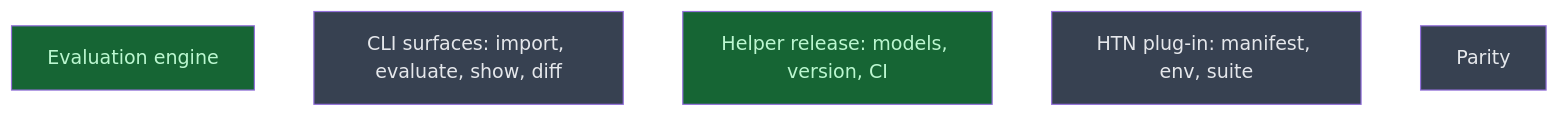
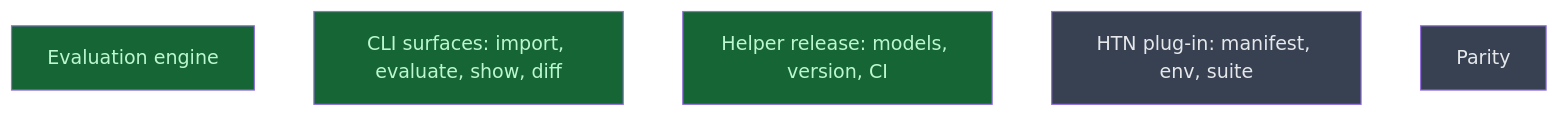
One commit to CrackingShells/Candler changed the diagram in __roadmap__/m2a-evaluation-parity/components/assembly/README.md. Above: the diagram before and after it, drawn with Mermaid. The commit also changed other lines of this file and 2 other files, not shown here.

Commit message:
rdm(evaluation): report the surfaces evaluate stage, mark it done

````diff
--- a/__roadmap__/m2a-evaluation-parity/components/assembly/README.md
+++ b/__roadmap__/m2a-evaluation-parity/components/assembly/README.md
@@ -21,13 +21,13 @@
 ```mermaid
 graph TD
     engine[Evaluation engine]:::done
-    surfaces[CLI surfaces: import, evaluate, show, diff]:::planned
+    surfaces[CLI surfaces: import, evaluate, show, diff]:::done
     helper_release[Helper release: models, version, CI]:::done
     htn_plugin[HTN plug-in: manifest, env, suite]:::planned
     parity[Parity]:::planned
     classDef done       fill:#166534,color:#bbf7d0
     classDef inprogress fill:#854d0e,color:#fef08a
     classDef planned    fill:#374151,color:#e5e7eb
     classDef amendment  fill:#1e3a5f,color:#bfdbfe
     classDef blocked    fill:#7f1d1d,color:#fecaca
 ```
````
